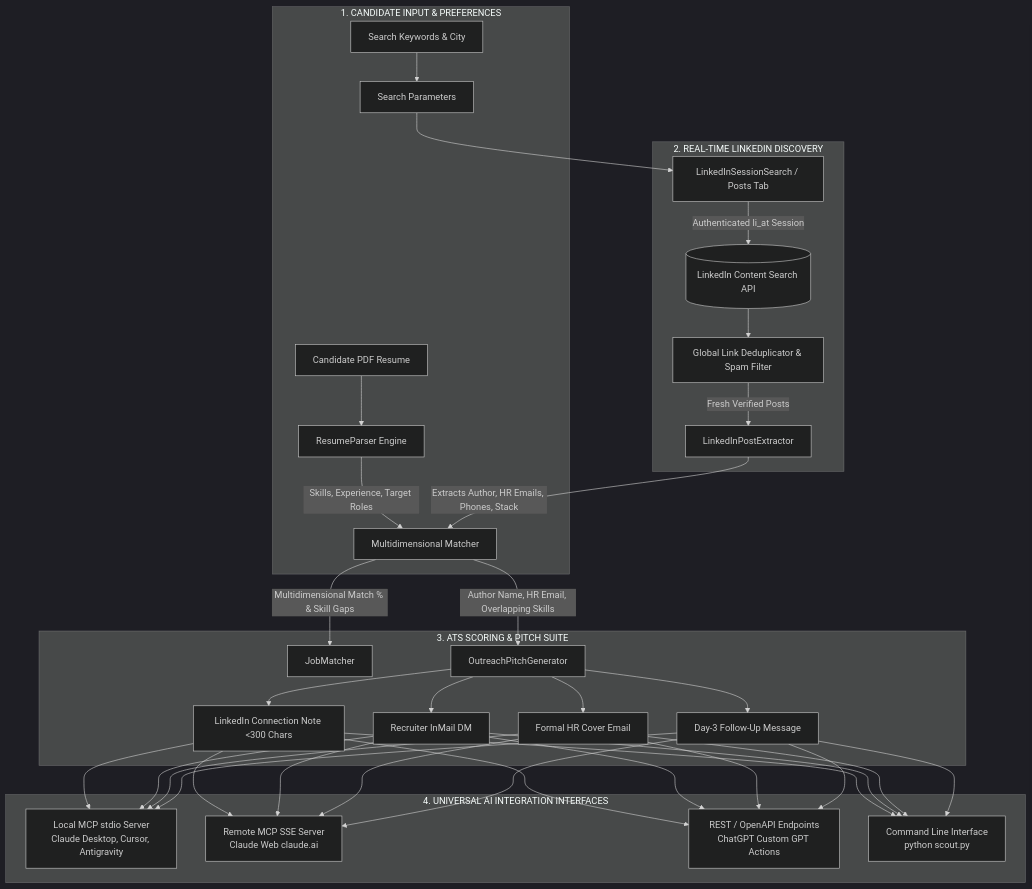
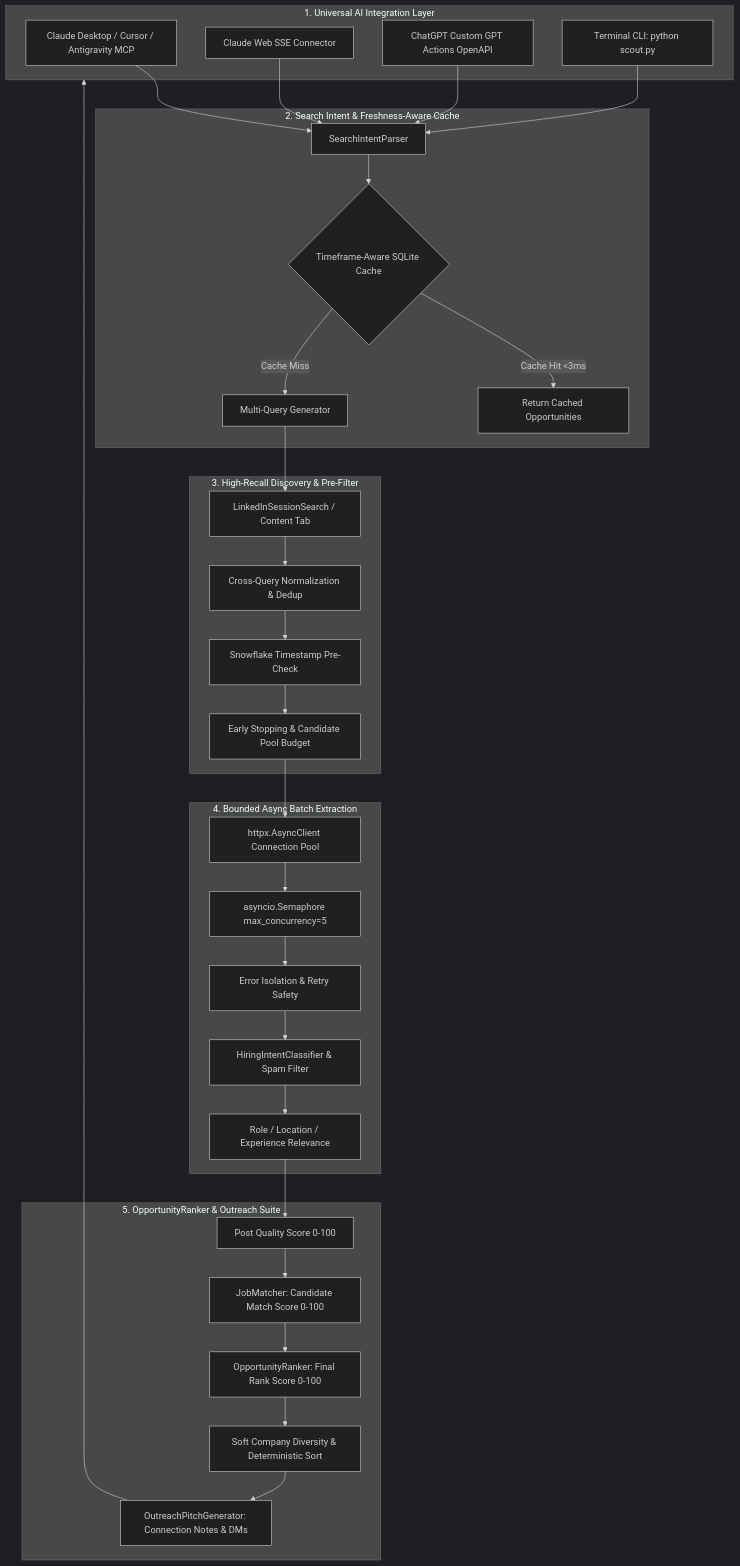
Before and after one commit to thamodharangm/openfinder: the diagram in README.md, drawn with Mermaid (dark theme). The commit also changed other lines of this file and 6 other files, not shown here.

Commit message:
feat(phase7): production hardening, error model, security boundaries, failure isolation, and documentation

````diff
--- a/README.md
+++ b/README.md
@@ -36,32 +39,41 @@
 ```mermaid
 flowchart TD
-    subgraph INPUT ["1. CANDIDATE INPUT & PREFERENCES"]
-        A1[Candidate PDF Resume] --> B1[ResumeParser Engine]
-        A2[Search Keywords & City] --> B2[Search Parameters]
-        B1 -->|Skills, Experience, Target Roles| D[Multidimensional Matcher]
+    subgraph CLIENTS ["1. Universal AI Integration Layer"]
+        C1[Claude Desktop / Cursor / Antigravity MCP]
+        C2[Claude Web SSE Connector]
+        C3[ChatGPT Custom GPT Actions OpenAPI]
+        C4[Terminal CLI: python scout.py]
     end
 
-    subgraph DISCOVERY ["2. REAL-TIME LINKEDIN DISCOVERY"]
-        B2 --> C1[LinkedInSessionSearch / Posts Tab]
-        C1 -->|Authenticated li_at Session| C2[(LinkedIn Content Search API)]
-        C2 --> C3[Global Link Deduplicator & Spam Filter]
-        C3 -->|Fresh Verified Posts| C4[LinkedInPostExtractor]
-        C4 -->|Extracts Author, HR Emails, Phones, Stack| D
+    subgraph CORE ["2. Search Intent & Freshness-Aware Cache"]
+        C1 & C2 & C3 & C4 --> S1[SearchIntentParser]
+        S1 --> S2{Timeframe-Aware SQLite Cache}
+        S2 -->|Cache Hit <3ms| RET[Return Cached Opportunities]
+        S2 -->|Cache Miss| D1[Multi-Query Generator]
     end
 
-    subgraph INTELLIGENCE ["3. ATS SCORING & PITCH SUITE"]
-        D -->|Multidimensional Match % & Skill Gaps| E1[JobMatcher]
-        D -->|Author Name, HR Email, Overlapping Skills| E2[OutreachPitchGenerator]
-        E2 --> F1[LinkedIn Connection Note <300 Chars]
-        E2 --> F2[Recruiter InMail DM]
-        E2 --> F3[Formal HR Cover Email]
-        E2 --> F4[Day-3 Follow-Up Message]
+    subgraph DISCOVERY ["3. High-Recall Discovery & Pre-Filter"]
+        D1 --> D2[LinkedInSessionSearch / Content Tab]
+        D2 --> D3[Cross-Query Normalization & Dedup]
+        D3 --> D4[Snowflake Timestamp Pre-Check]
+        D4 --> D5[Early Stopping & Candidate Pool Budget]
     end
 
-    subgraph CLIENTS ["4. UNIVERSAL AI INTEGRATION INTERFACES"]
-        F1 & F2 & F3 & F4 --> G1[Local MCP stdio Server<br>Claude Desktop, Cursor, Antigravity]
-        F1 & F2 & F3 & F4 --> G2[Remote MCP SSE Server<br>Claude Web claude.ai]
-        F1 & F2 & F3 & F4 --> G3[REST / OpenAPI Endpoints<br>ChatGPT Custom GPT Actions]
-        F1 & F2 & F3 & F4 --> G4[Command Line Interface<br>python scout.py]
+    subgraph EXTRACTION ["4. Bounded Async Batch Extraction"]
+        D5 --> E1[httpx.AsyncClient Connection Pool]
+        E1 --> E2[asyncio.Semaphore max_concurrency=5]
+        E2 --> E3[Error Isolation & Retry Safety]
+        E3 --> E4[HiringIntentClassifier & Spam Filter]
+        E4 --> E5[Role / Location / Experience Relevance]
     end
+
+    subgraph RANKING ["5. OpportunityRanker & Outreach Suite"]
+        E5 --> R1[Post Quality Score 0-100]
+        R1 --> R2[JobMatcher: Candidate Match Score 0-100]
+        R2 --> R3[OpportunityRanker: Final Rank Score 0-100]
+        R3 --> R4[Soft Company Diversity & Deterministic Sort]
+        R4 --> R5[OutreachPitchGenerator: Connection Notes & DMs]
+    end
+
+    R5 --> CLIENTS
 ```
````
